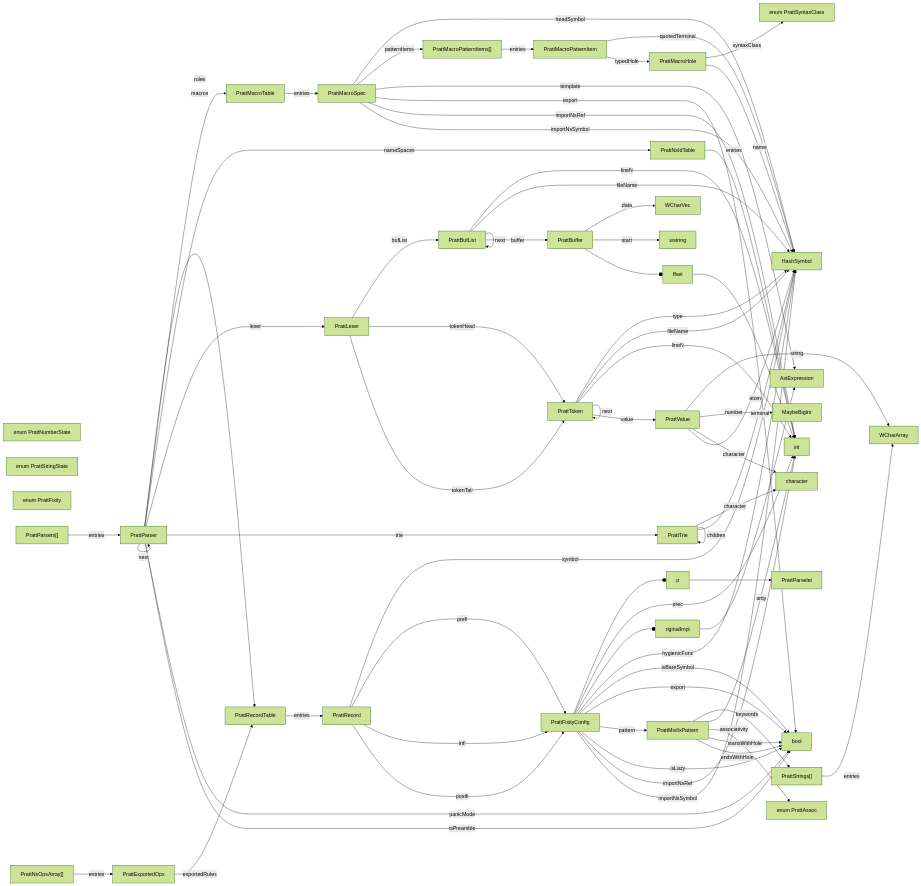
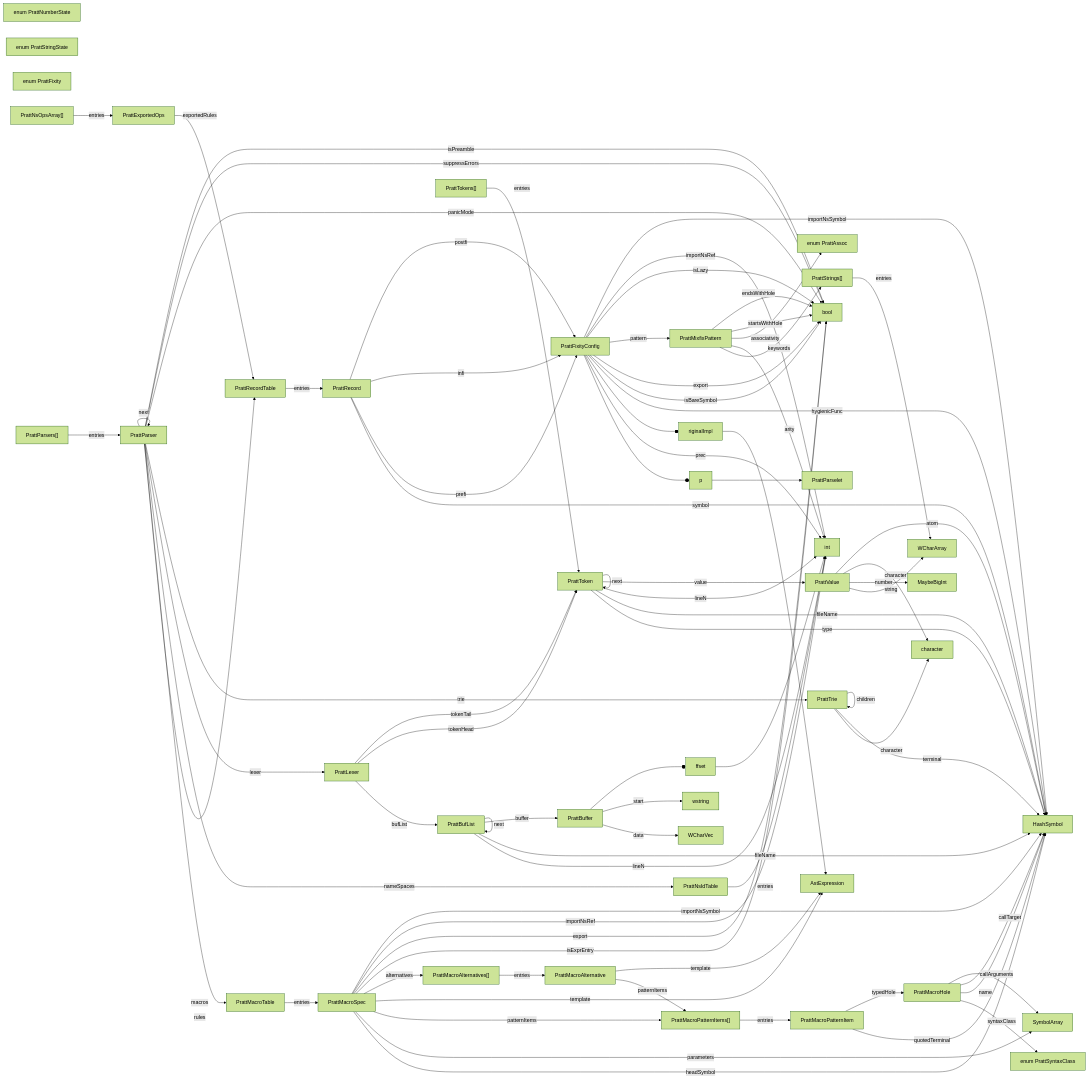
One commit to billhails/CEKF changed the diagram in docs/generated/pratt.md. Above: the diagram before and after it, drawn with Mermaid (forest theme). The commit also changed 2 other files, not shown here.

Commit message:
quote/unquote working

````diff
--- a/docs/generated/pratt.md
+++ b/docs/generated/pratt.md
@@ -32,6 +32,7 @@
 PrattParser --lexer--> PrattLexer
 PrattParser --trie--> PrattTrie
 PrattParser --panicMode--> bool
+PrattParser --suppressErrors--> bool
 PrattParser --isPreamble--> bool
 PrattParser --next--> PrattParser
 PrattRecord --symbol--> HashSymbol
@@ -46,12 +47,19 @@
 PrattMixfixPattern --endsWithHole--> bool
 PrattMacroHole --syntaxClass--> PrattSyntaxClass
 PrattMacroHole --name--> HashSymbol
+PrattMacroHole --callTarget--> HashSymbol
+PrattMacroHole --callArguments--> SymbolArray
 PrattMacroSpec --headSymbol--> HashSymbol
+PrattMacroSpec --parameters--> SymbolArray
 PrattMacroSpec --patternItems--> PrattMacroPatternItems
 PrattMacroSpec --template--> AstExpression
+PrattMacroSpec --alternatives--> PrattMacroAlternatives
+PrattMacroSpec --isExprEntry--> bool
 PrattMacroSpec --export--> bool
 PrattMacroSpec --importNsRef--> int
 PrattMacroSpec --importNsSymbol--> HashSymbol
+PrattMacroAlternative --patternItems--> PrattMacroPatternItems
+PrattMacroAlternative --template--> AstExpression
 PrattFixityConfig --op--> PrattParselet
 PrattFixityConfig --prec--> int
 PrattFixityConfig --originalImpl--> AstExpression
@@ -75,6 +83,8 @@
 PrattSyntaxClass["enum PrattSyntaxClass"]
 PrattStrings["PrattStrings[]"] --entries--> WCharArray
 PrattParsers["PrattParsers[]"] --entries--> PrattParser
+PrattTokens["PrattTokens[]"] --entries--> PrattToken
 PrattNsOpsArray["PrattNsOpsArray[]"] --entries--> PrattExportedOps
 PrattMacroPatternItems["PrattMacroPatternItems[]"] --entries--> PrattMacroPatternItem
+PrattMacroAlternatives["PrattMacroAlternatives[]"] --entries--> PrattMacroAlternative
 ```
````
